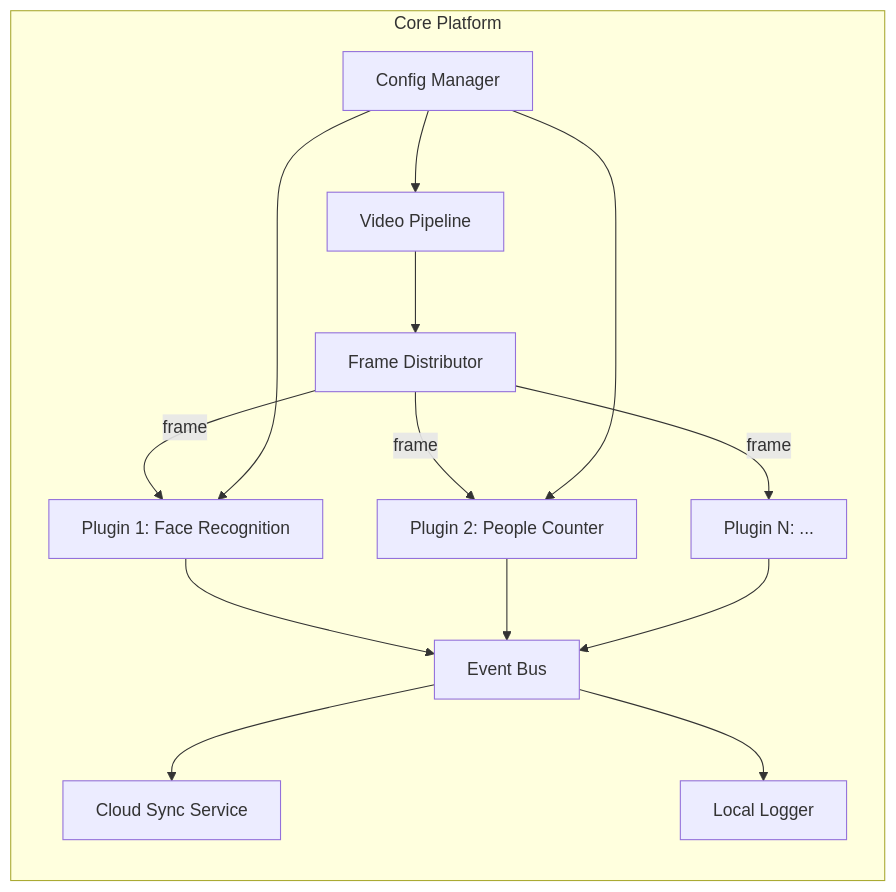
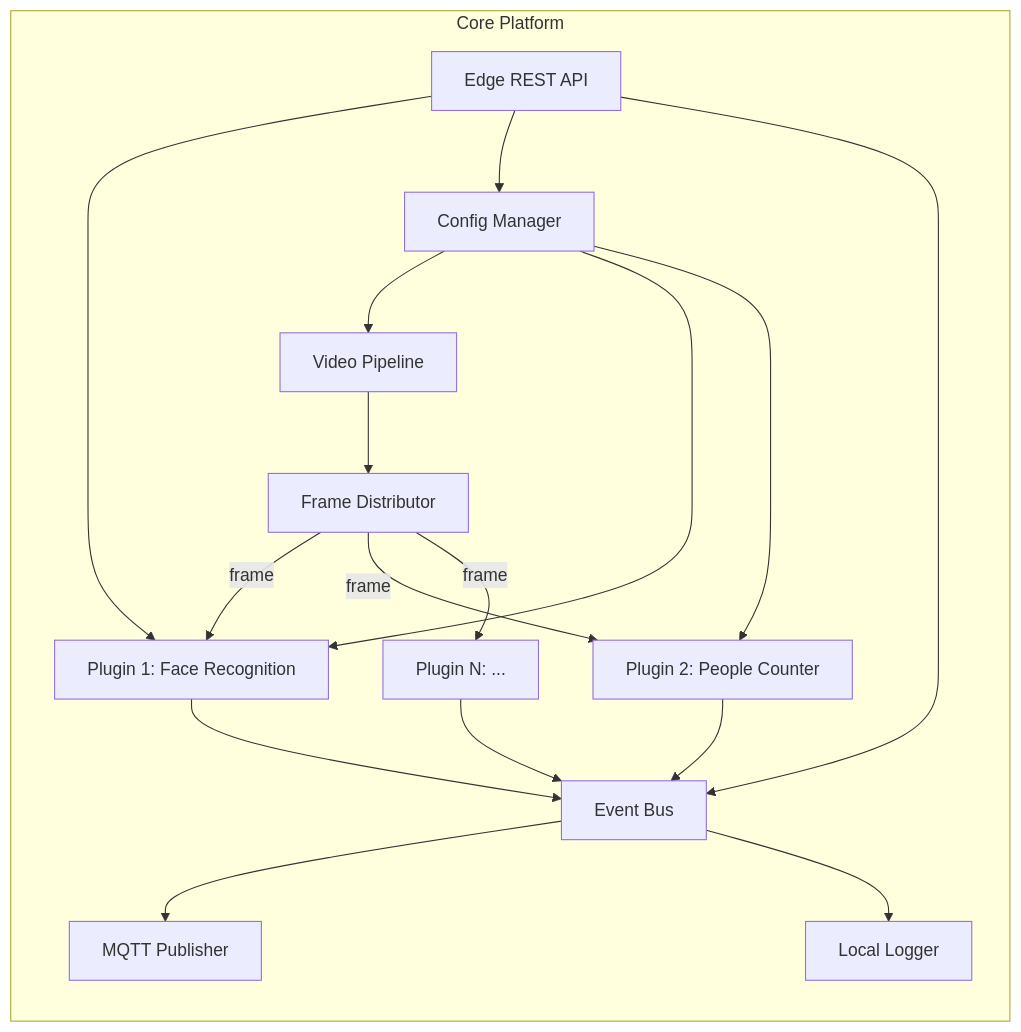
The second of 2 diagrams in docs/implementation_plan.md (hiimshyy/ele_vision), drawn with Mermaid before and after one commit. The commit also changed other lines of this file and 4 other files, not shown here.

````diff
--- a/docs/implementation_plan.md
+++ b/docs/implementation_plan.md
@@ -66,20 +74,24 @@
 ```mermaid
 graph LR
     subgraph "Core Platform"
         VP[Video Pipeline] --> FD[Frame Distributor]
         FD --> |frame| P1[Plugin 1: Face Recognition]
         FD --> |frame| P2[Plugin 2: People Counter]
         FD --> |frame| P3[Plugin N: ...]
-        
+
         P1 --> EB[Event Bus]
         P2 --> EB
         P3 --> EB
-        
-        EB --> SYNC[Cloud Sync Service]
+
+        EB --> SYNC[MQTT Publisher]
         EB --> LOG[Local Logger]
-        
+
         CFG[Config Manager] --> VP
         CFG --> P1
         CFG --> P2
+
+        API[Edge REST API] --> P1
+        API --> CFG
+        API --> EB
     end
 ```
````
